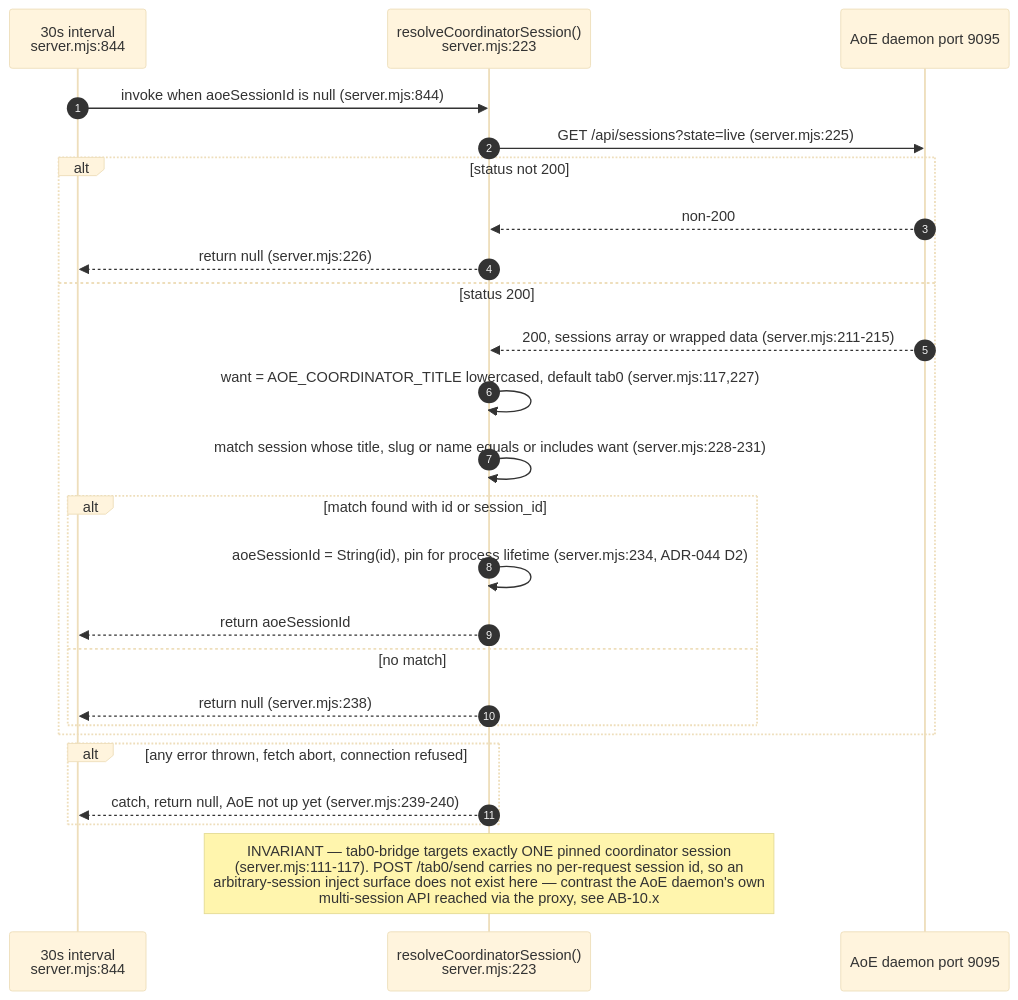
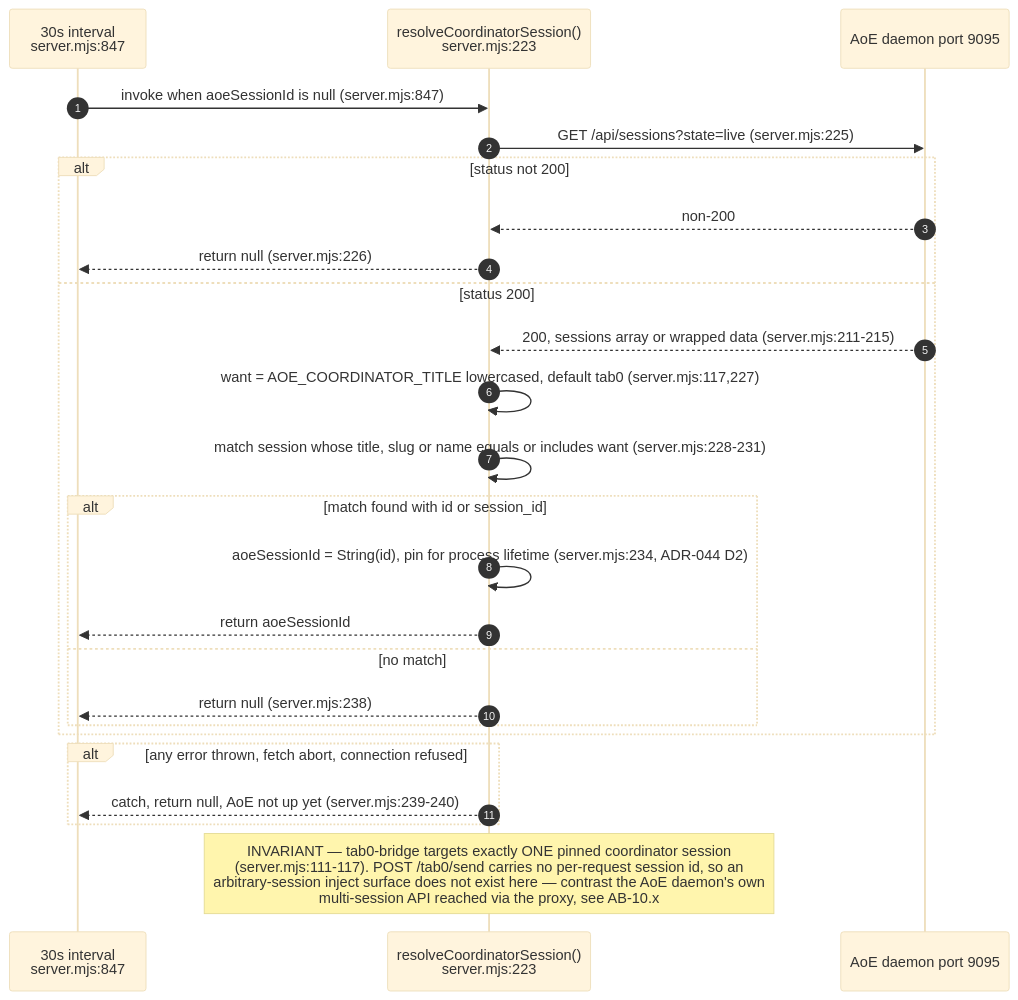
Before and after one commit to DreamLab-AI/VisionFlow: the fourth of 12 diagrams in docs/diagrams/agentbox/12-tab0-bridge-and-interaction-plane.md, drawn with Mermaid (base theme). The commit also changed other lines of this file and 160 other files, not shown here.

````diff
--- a/docs/diagrams/agentbox/12-tab0-bridge-and-interaction-plane.md
+++ b/docs/diagrams/agentbox/12-tab0-bridge-and-interaction-plane.md
@@ -155,28 +164,28 @@
 ```mermaid
 sequenceDiagram
     autonumber
-    participant Ti as 30s interval<br/>server.mjs:844
+    participant Ti as 30s interval<br/>server.mjs:847
     participant R as resolveCoordinatorSession()<br/>server.mjs:223
     participant AoEd as AoE daemon port 9095
 
-    Ti->>R: invoke when aoeSessionId is null (server.mjs:844)
+    Ti->>R: invoke when aoeSessionId is null (server.mjs:847)
     R->>AoEd: GET /api/sessions?state=live (server.mjs:225)
     alt status not 200
         AoEd-->>R: non-200
         R-->>Ti: return null (server.mjs:226)
     else status 200
         AoEd-->>R: 200, sessions array or wrapped data (server.mjs:211-215)
         R->>R: want = AOE_COORDINATOR_TITLE lowercased, default tab0 (server.mjs:117,227)
         R->>R: match session whose title, slug or name equals or includes want (server.mjs:228-231)
         alt match found with id or session_id
             R->>R: aoeSessionId = String(id), pin for process lifetime (server.mjs:234, ADR-044 D2)
             R-->>Ti: return aoeSessionId
         else no match
             R-->>Ti: return null (server.mjs:238)
         end
     end
     alt any error thrown, fetch abort, connection refused
         R-->>Ti: catch, return null, AoE not up yet (server.mjs:239-240)
     end
 Note over R: INVARIANT — tab0-bridge targets exactly ONE pinned coordinator session<br/>(server.mjs:111-117). POST /tab0/send carries no per-request session id, so an<br/>arbitrary-session inject surface does not exist here — contrast the AoE daemon's own<br/>multi-session API reached via the proxy, see AB-10.x
 ```
````
